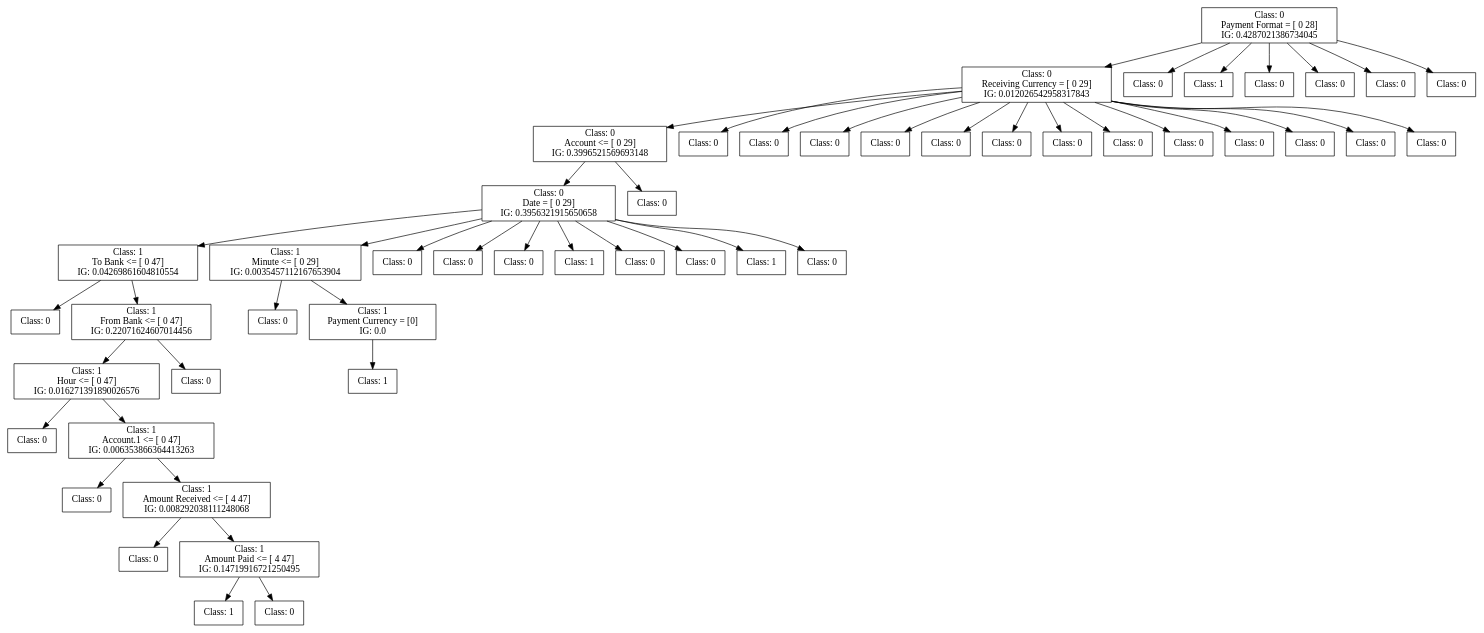
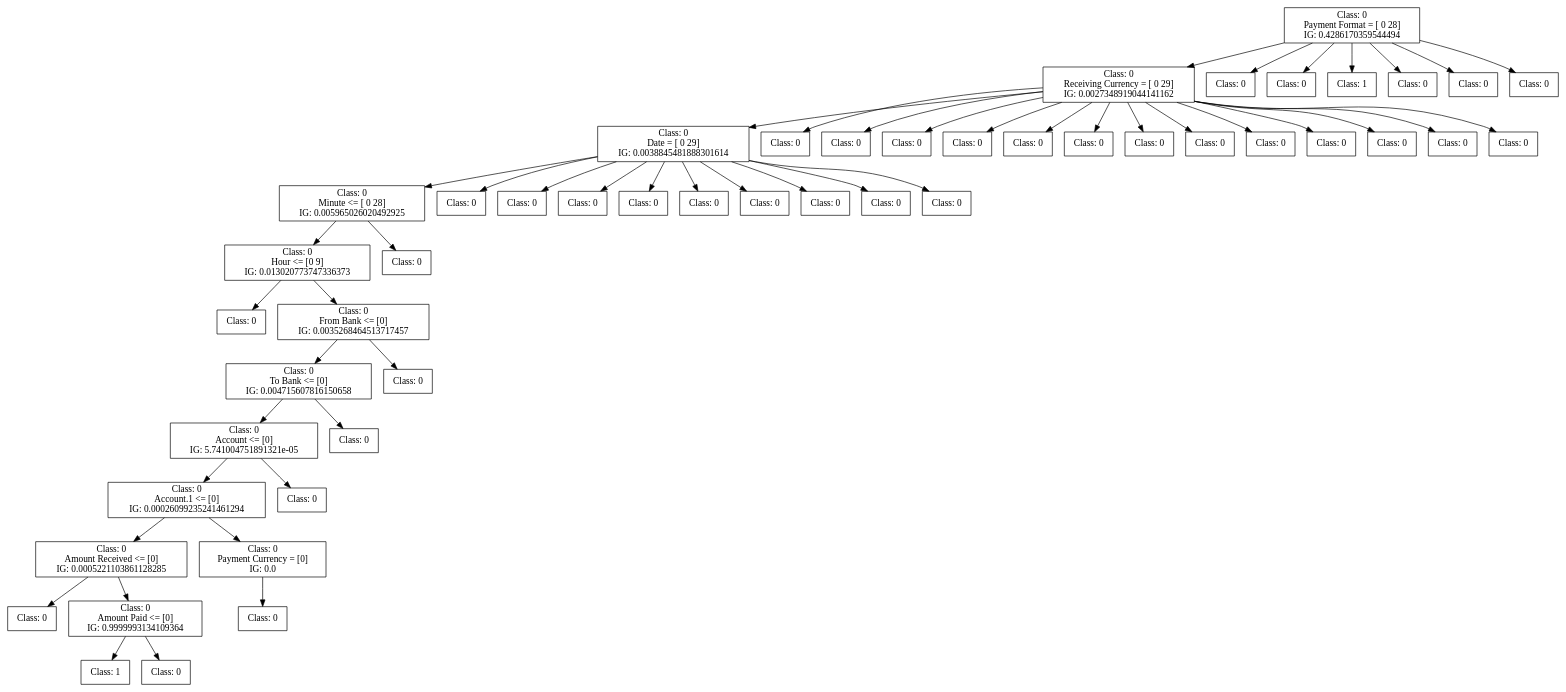
The diagram in dot_figs/tree-id3-oversampling-2.dot (FedericoBruzzone/anti-money-laundering), drawn with Graphviz before and after one commit. The commit also changed 35 other files, not shown here.

```diff
--- a/dot_figs/tree-id3-oversampling-2.dot
+++ b/dot_figs/tree-id3-oversampling-2.dot
@@ -1,162 +1,162 @@
 digraph DecisionTree {
 	rankdir=TD;
 	node [shape=box];
-	2509728682416 [label="Class: 0
+	2534423763776 [label="Class: 0
 Payment Format = [ 0 28]
-IG: 0.4287021386734045"];
-	2509728741600 [label="Class: 0
+IG: 0.4286170359544494"];
+	2535284378784 [label="Class: 0
 Receiving Currency = [ 0 29]
-IG: 0.012026542958317843"];
-	2509728682416 -> 2509728741600;
-	2509932853280 [label="Class: 0
-Account <= [ 0 29]
-IG: 0.3996521569693148"];
-	2509728741600 -> 2509932853280;
-	2509932852944 [label="Class: 0
+IG: 0.0027348919044141162"];
+	2534423763776 -> 2535284378784;
+	2535284376768 [label="Class: 0
 Date = [ 0 29]
-IG: 0.3956321915650658"];
-	2509932853280 -> 2509932852944;
-	2506859589024 [label="Class: 1
-To Bank <= [ 0 47]
-IG: 0.04269861604810554"];
-	2509932852944 -> 2506859589024;
-	2506302618256 [label="Class: 0
+IG: 0.0038845481888301614"];
+	2535284378784 -> 2535284376768;
+	2535284379840 [label="Class: 0
+Minute <= [ 0 28]
+IG: 0.005965026020492925"];
+	2535284376768 -> 2535284379840;
+	2535284380752 [label="Class: 0
+Hour <= [0 9]
+IG: 0.013020773747336373"];
+	2535284379840 -> 2535284380752;
+	2535284381472 [label="Class: 0
 "];
-	2506859589024 -> 2506302618256;
-	2506302617152 [label="Class: 1
-From Bank <= [ 0 47]
-IG: 0.22071624607014456"];
-	2506859589024 -> 2506302617152;
-	2509817000240 [label="Class: 1
-Hour <= [ 0 47]
-IG: 0.016271391890026576"];
-	2506302617152 -> 2509817000240;
-	2509817003120 [label="Class: 0
+	2535284380752 -> 2535284381472;
+	2535284381904 [label="Class: 0
+From Bank <= [0]
+IG: 0.0035268464513717457"];
+	2535284380752 -> 2535284381904;
+	2535284382192 [label="Class: 0
+To Bank <= [0]
+IG: 0.004715607816150658"];
+	2535284381904 -> 2535284382192;
+	2535284382912 [label="Class: 0
+Account <= [0]
+IG: 5.741004751891321e-05"];
+	2535284382192 -> 2535284382912;
+	2534423771072 [label="Class: 0
+Account.1 <= [0]
+IG: 0.00026099235241461294"];
+	2535284382912 -> 2534423771072;
+	2535284384256 [label="Class: 0
+Amount Received <= [0]
+IG: 0.0005221103861128285"];
+	2534423771072 -> 2535284384256;
+	2535284384976 [label="Class: 0
 "];
-	2509817000240 -> 2509817003120;
-	2509817002976 [label="Class: 1
-Account.1 <= [ 0 47]
-IG: 0.006353866364413263"];
-	2509817000240 -> 2509817002976;
-	2509816996016 [label="Class: 0
+	2535284384256 -> 2535284384976;
+	2535284385408 [label="Class: 0
+Amount Paid <= [0]
+IG: 0.9999993134109364"];
+	2535284384256 -> 2535284385408;
+	2535284385696 [label="Class: 1
 "];
-	2509817002976 -> 2509816996016;
-	2509817002304 [label="Class: 1
-Amount Received <= [ 4 47]
-IG: 0.008292038111248068"];
-	2509817002976 -> 2509817002304;
-	2509817000048 [label="Class: 0
+	2535284385408 -> 2535284385696;
+	2535284386128 [label="Class: 0
 "];
-	2509817002304 -> 2509817000048;
-	2509817001152 [label="Class: 1
-Amount Paid <= [ 4 47]
-IG: 0.14719916721250495"];
-	2509817002304 -> 2509817001152;
-	2509816997648 [label="Class: 1
-"];
-	2509817001152 -> 2509816997648;
-	2509816997168 [label="Class: 0
-"];
-	2509817001152 -> 2509816997168;
-	2509816990112 [label="Class: 0
-"];
-	2506302617152 -> 2509816990112;
-	2506859591616 [label="Class: 1
-Minute <= [ 0 29]
-IG: 0.0035457112167653904"];
-	2509932852944 -> 2506859591616;
-	2509816999712 [label="Class: 0
-"];
-	2506859591616 -> 2509816999712;
-	2509817001488 [label="Class: 1
+	2535284385408 -> 2535284386128;
+	2535284384688 [label="Class: 0
 Payment Currency = [0]
 IG: 0.0"];
-	2506859591616 -> 2509817001488;
-	2509816998368 [label="Class: 1
+	2534423771072 -> 2535284384688;
+	2535284385648 [label="Class: 0
 "];
-	2509817001488 -> 2509816998368;
-	2506859585952 [label="Class: 0
+	2535284384688 -> 2535284385648;
+	2535284383584 [label="Class: 0
 "];
-	2509932852944 -> 2506859585952;
-	2509728734352 [label="Class: 0
+	2535284382912 -> 2535284383584;
+	2535284383344 [label="Class: 0
 "];
-	2509932852944 -> 2509728734352;
-	2509728741936 [label="Class: 0
+	2535284382192 -> 2535284383344;
+	2535284382624 [label="Class: 0
 "];
-	2509932852944 -> 2509728741936;
-	2509728734304 [label="Class: 1
+	2535284381904 -> 2535284382624;
+	2535284381184 [label="Class: 0
 "];
-	2509932852944 -> 2509728734304;
-	2509728736272 [label="Class: 0
+	2535284379840 -> 2535284381184;
+	2535284379072 [label="Class: 0
 "];
-	2509932852944 -> 2509728736272;
-	2509728734832 [label="Class: 0
+	2535284376768 -> 2535284379072;
+	2535284378688 [label="Class: 0
 "];
-	2509932852944 -> 2509728734832;
-	2509728741840 [label="Class: 1
+	2535284376768 -> 2535284378688;
+	2535284379984 [label="Class: 0
 "];
-	2509932852944 -> 2509728741840;
-	2509728742128 [label="Class: 0
+	2535284376768 -> 2535284379984;
+	2535284379024 [label="Class: 0
 "];
-	2509932852944 -> 2509728742128;
-	2509932846080 [label="Class: 0
+	2535284376768 -> 2535284379024;
+	2535284379552 [label="Class: 0
 "];
-	2509932853280 -> 2509932846080;
-	2509932840992 [label="Class: 0
+	2535284376768 -> 2535284379552;
+	2535284379360 [label="Class: 0
 "];
-	2509728741600 -> 2509932840992;
-	2509932844688 [label="Class: 0
+	2535284376768 -> 2535284379360;
+	2535284376048 [label="Class: 0
 "];
-	2509728741600 -> 2509932844688;
-	2509932842480 [label="Class: 0
+	2535284376768 -> 2535284376048;
+	2535284378640 [label="Class: 0
 "];
-	2509728741600 -> 2509932842480;
-	2509932854672 [label="Class: 0
+	2535284376768 -> 2535284378640;
+	2535284376720 [label="Class: 0
 "];
-	2509728741600 -> 2509932854672;
-	2509932845408 [label="Class: 0
+	2535284376768 -> 2535284376720;
+	2535284378928 [label="Class: 0
 "];
-	2509728741600 -> 2509932845408;
-	2509932848624 [label="Class: 0
+	2535284378784 -> 2535284378928;
+	2535284376432 [label="Class: 0
 "];
-	2509728741600 -> 2509932848624;
-	2509932850352 [label="Class: 0
+	2535284378784 -> 2535284376432;
+	2535284376144 [label="Class: 0
 "];
-	2509728741600 -> 2509932850352;
-	2509728683712 [label="Class: 0
+	2535284378784 -> 2535284376144;
+	2535284377104 [label="Class: 0
 "];
-	2509728741600 -> 2509728683712;
-	2509728681552 [label="Class: 0
+	2535284378784 -> 2535284377104;
+	2535284378304 [label="Class: 0
 "];
-	2509728741600 -> 2509728681552;
-	2509728685392 [label="Class: 0
+	2535284378784 -> 2535284378304;
+	2535284379264 [label="Class: 0
 "];
-	2509728741600 -> 2509728685392;
-	2509728684192 [label="Class: 0
+	2535284378784 -> 2535284379264;
+	2535284376864 [label="Class: 0
 "];
-	2509728741600 -> 2509728684192;
-	2509728692928 [label="Class: 0
+	2535284378784 -> 2535284376864;
+	2535284376480 [label="Class: 0
 "];
-	2509728741600 -> 2509728692928;
-	2509728689040 [label="Class: 0
+	2535284378784 -> 2535284376480;
+	2535284378448 [label="Class: 0
 "];
-	2509728741600 -> 2509728689040;
-	2509728742080 [label="Class: 0
+	2535284378784 -> 2535284378448;
+	2535284378736 [label="Class: 0
 "];
-	2509728682416 -> 2509728742080;
-	2509728734400 [label="Class: 1
+	2535284378784 -> 2535284378736;
+	2535284378496 [label="Class: 0
 "];
-	2509728682416 -> 2509728734400;
-	2509728740064 [label="Class: 0
+	2535284378784 -> 2535284378496;
+	2535284378112 [label="Class: 0
 "];
-	2509728682416 -> 2509728740064;
-	2509728729168 [label="Class: 0
+	2535284378784 -> 2535284378112;
+	2535284378544 [label="Class: 0
 "];
-	2509728682416 -> 2509728729168;
-	2509728728880 [label="Class: 0
+	2535284378784 -> 2535284378544;
+	2535284377296 [label="Class: 0
 "];
-	2509728682416 -> 2509728728880;
-	2509728740352 [label="Class: 0
+	2534423763776 -> 2535284377296;
+	2535284377584 [label="Class: 0
 "];
-	2509728682416 -> 2509728740352;
+	2534423763776 -> 2535284377584;
+	2535284375952 [label="Class: 1
+"];
+	2534423763776 -> 2535284375952;
+	2535284378880 [label="Class: 0
+"];
+	2534423763776 -> 2535284378880;
+	2535284378592 [label="Class: 0
+"];
+	2534423763776 -> 2535284378592;
+	2535284375664 [label="Class: 0
+"];
+	2534423763776 -> 2535284375664;
 }
```
